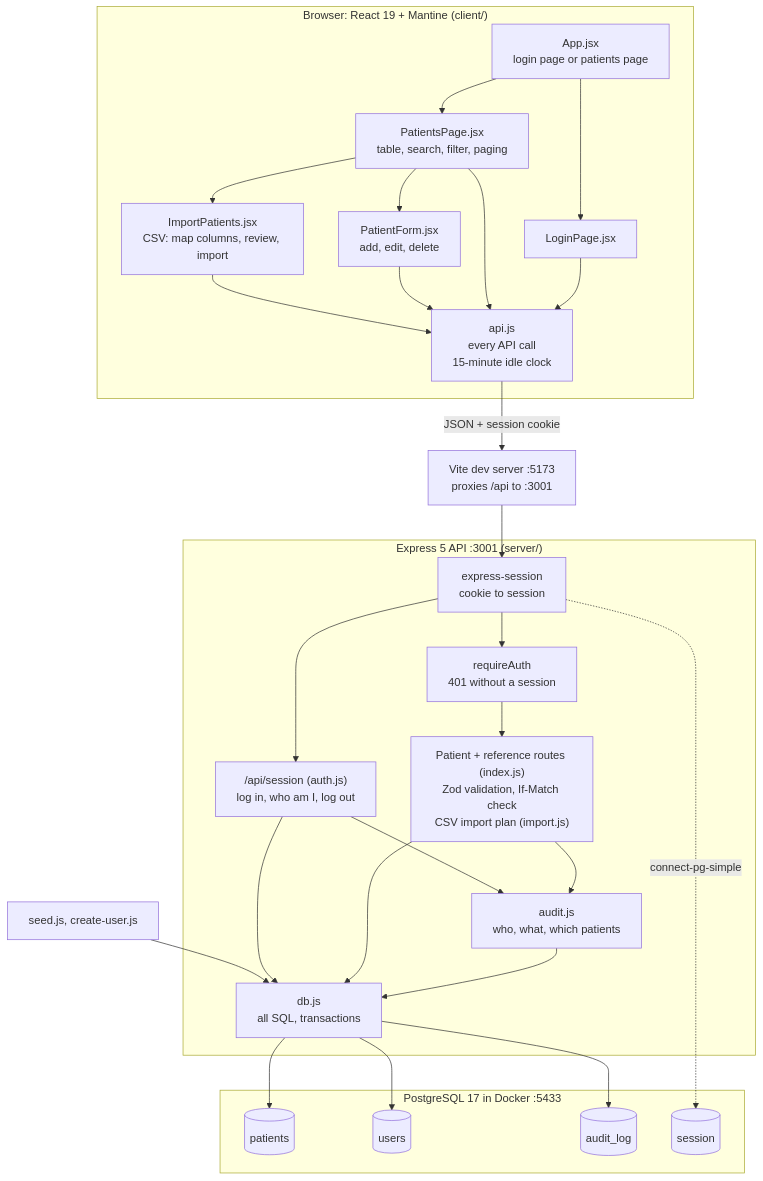
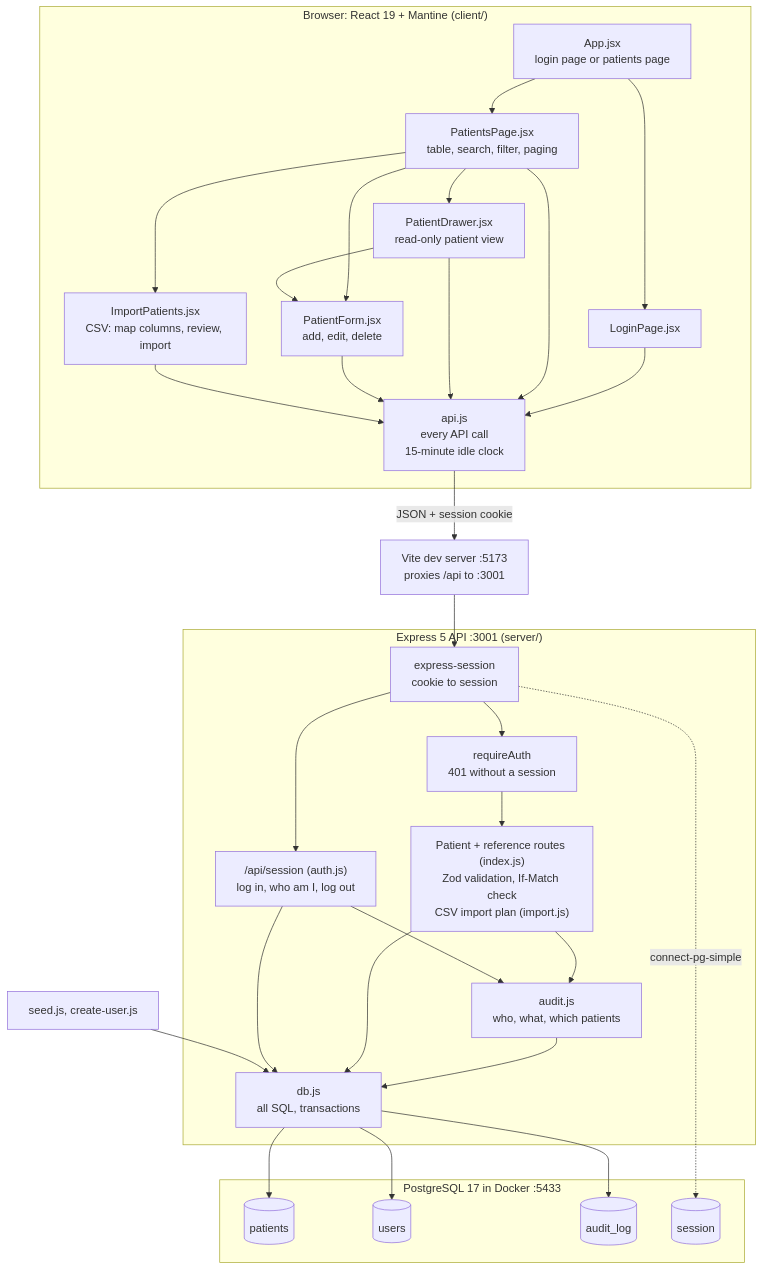
The first of 2 diagrams in ARCHITECTURE.md (dengjulie/patient-tracker), drawn with Mermaid before and after one commit. The commit also changed other lines of this file and 7 other files, not shown here.

First line of the commit message:
Add a read-only patient view, audited as a read

````diff
--- a/ARCHITECTURE.md
+++ b/ARCHITECTURE.md
@@ -9,45 +9,47 @@
 ```mermaid
 flowchart TB
     subgraph Browser["Browser: React 19 + Mantine (client/)"]
         App["App.jsx<br/>login page or patients page"]
         Login["LoginPage.jsx"]
         List["PatientsPage.jsx<br/>table, search, filter, paging"]
+        View["PatientDrawer.jsx<br/>read-only patient view"]
         Form["PatientForm.jsx<br/>add, edit, delete"]
         Import["ImportPatients.jsx<br/>CSV: map columns, review, import"]
         Api["api.js<br/>every API call<br/>15-minute idle clock"]
         App --> Login & List
-        List --> Form & Import
-        Login & List & Form & Import --> Api
+        List --> View & Form & Import
+        View --> Form
+        Login & List & View & Form & Import --> Api
     end
 
     Vite["Vite dev server :5173<br/>proxies /api to :3001"]
 
     subgraph Server["Express 5 API :3001 (server/)"]
         Sessions["express-session<br/>cookie to session"]
         SessionRoutes["/api/session (auth.js)<br/>log in, who am I, log out"]
         Guard["requireAuth<br/>401 without a session"]
         Routes["Patient + reference routes (index.js)<br/>Zod validation, If-Match check<br/>CSV import plan (import.js)"]
         Audit["audit.js<br/>who, what, which patients"]
         Db["db.js<br/>all SQL, transactions"]
         Sessions --> SessionRoutes
         Sessions --> Guard --> Routes
         Routes --> Audit --> Db
         Routes --> Db
         SessionRoutes --> Audit
         SessionRoutes --> Db
     end
 
     subgraph Postgres["PostgreSQL 17 in Docker :5433"]
         patients[("patients")]
         users[("users")]
         audit_log[("audit_log")]
         session[("session")]
     end
 
     Scripts["seed.js, create-user.js"]
 
     Api -- "JSON + session cookie" --> Vite --> Sessions
     Db --> patients & users & audit_log
     Sessions -. "connect-pg-simple" .-> session
     Scripts --> Db
 ```
````
